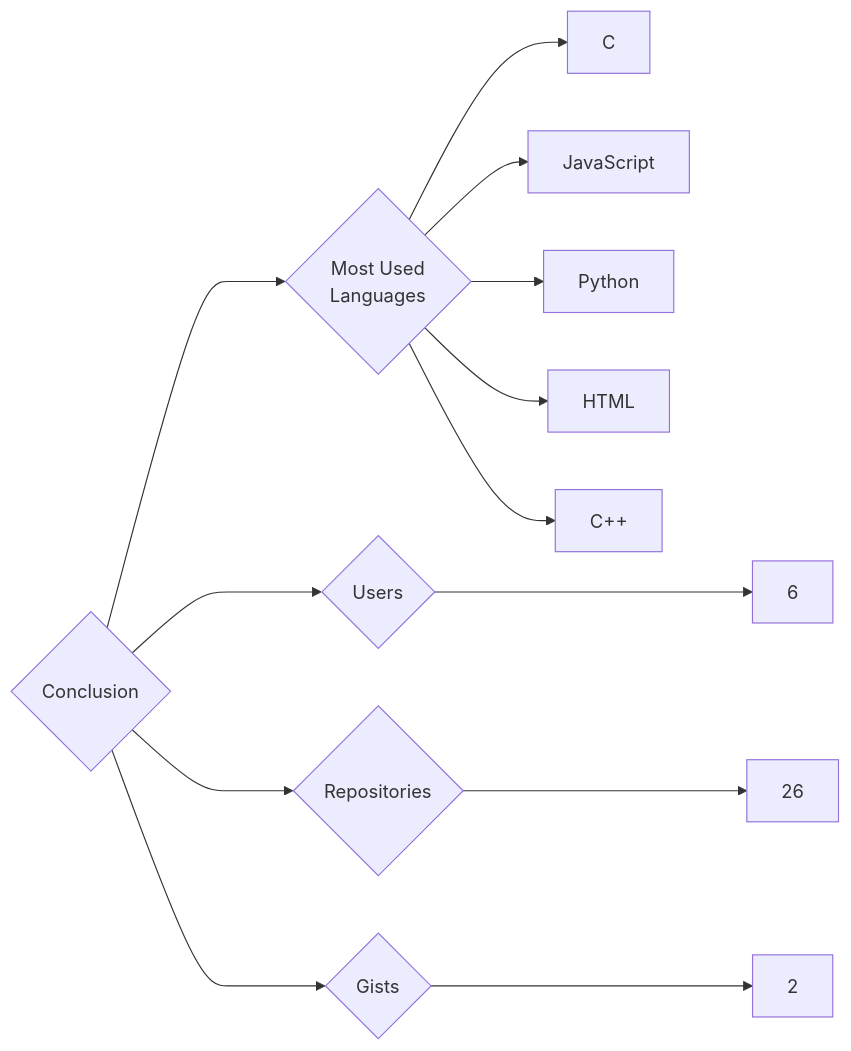
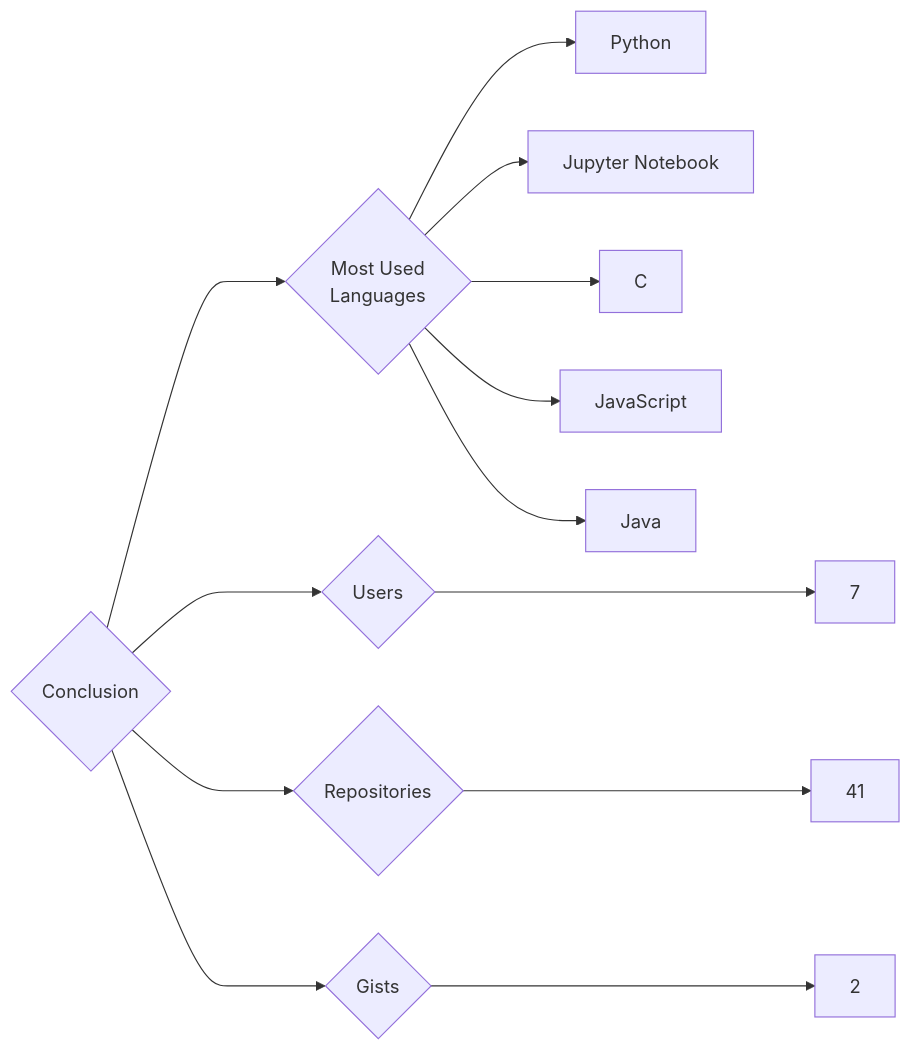
One commit to trickest/insiders changed the diagram in targets/Conclusion/README.md. Above: the diagram before and after it, drawn with Mermaid. The commit also changed 988 other files, not shown here.

````diff
--- a/targets/Conclusion/README.md
+++ b/targets/Conclusion/README.md
@@ -3,13 +3,13 @@
 ```mermaid
 graph LR
 COMPANY_NAME{Conclusion}
-COMPANY_NAME ---> U{Users} ---> UN[6]
-COMPANY_NAME ---> R{Repositories} ---> RN[26]
+COMPANY_NAME ---> U{Users} ---> UN[7]
+COMPANY_NAME ---> R{Repositories} ---> RN[41]
 COMPANY_NAME ---> G{Gists} ---> GN[2]
 COMPANY_NAME ---> ML{Most Used<br>Languages}
+ML --> Python[Python]
+ML --> Jupyter_Notebook[Jupyter Notebook]
 ML --> C[C]
 ML --> JavaScript[JavaScript]
-ML --> Python[Python]
-ML --> HTML[HTML]
-ML --> C++[C++]
+ML --> Java[Java]
 ```
````
